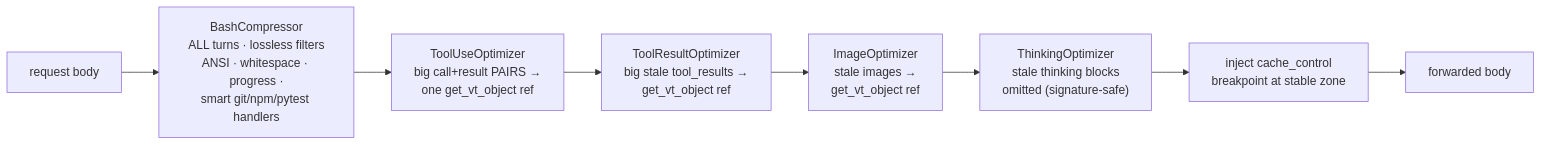
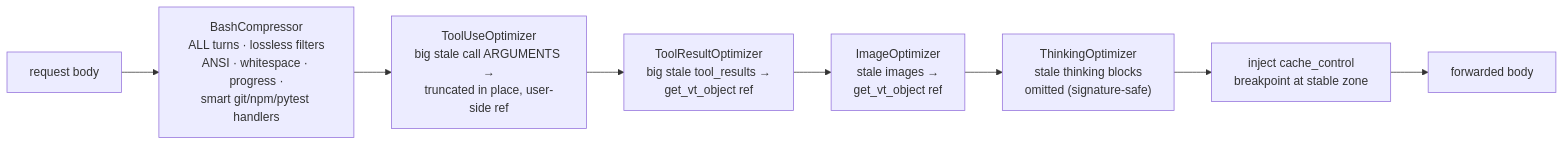
Before and after one commit to voitta-ai/voitta-desktop: the fifth of 16 diagrams in docs/OPERATIONS.md, drawn with Mermaid. The commit also changed other lines of this file and 8 other files, not shown here.

````diff
--- a/docs/OPERATIONS.md
+++ b/docs/OPERATIONS.md
@@ -360,10 +362,10 @@
 ```mermaid
 flowchart LR
     IN["request body"] --> B["BashCompressor<br/>ALL turns · lossless filters<br/>ANSI · whitespace · progress ·<br/>smart git/npm/pytest handlers"]
-    B --> TU["ToolUseOptimizer<br/>big call+result PAIRS →<br/>one get_vt_object ref"]
+    B --> TU["ToolUseOptimizer<br/>big stale call ARGUMENTS →<br/>truncated in place, user-side ref"]
     TU --> TR["ToolResultOptimizer<br/>big stale tool_results →<br/>get_vt_object ref"]
     TR --> IM["ImageOptimizer<br/>stale images →<br/>get_vt_object ref"]
     IM --> TH["ThinkingOptimizer<br/>stale thinking blocks<br/>omitted (signature-safe)"]
     TH --> BP["inject cache_control<br/>breakpoint at stable zone"]
     BP --> OUT["forwarded body"]
 ```
````
